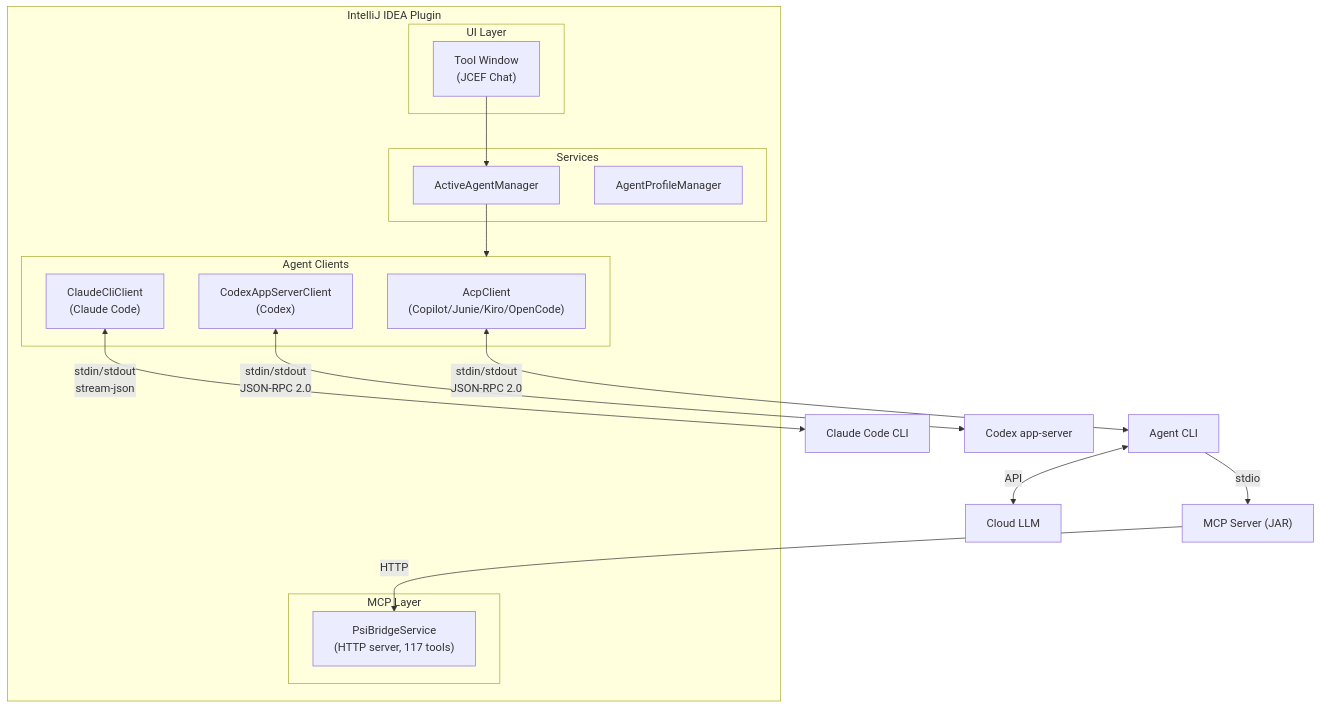
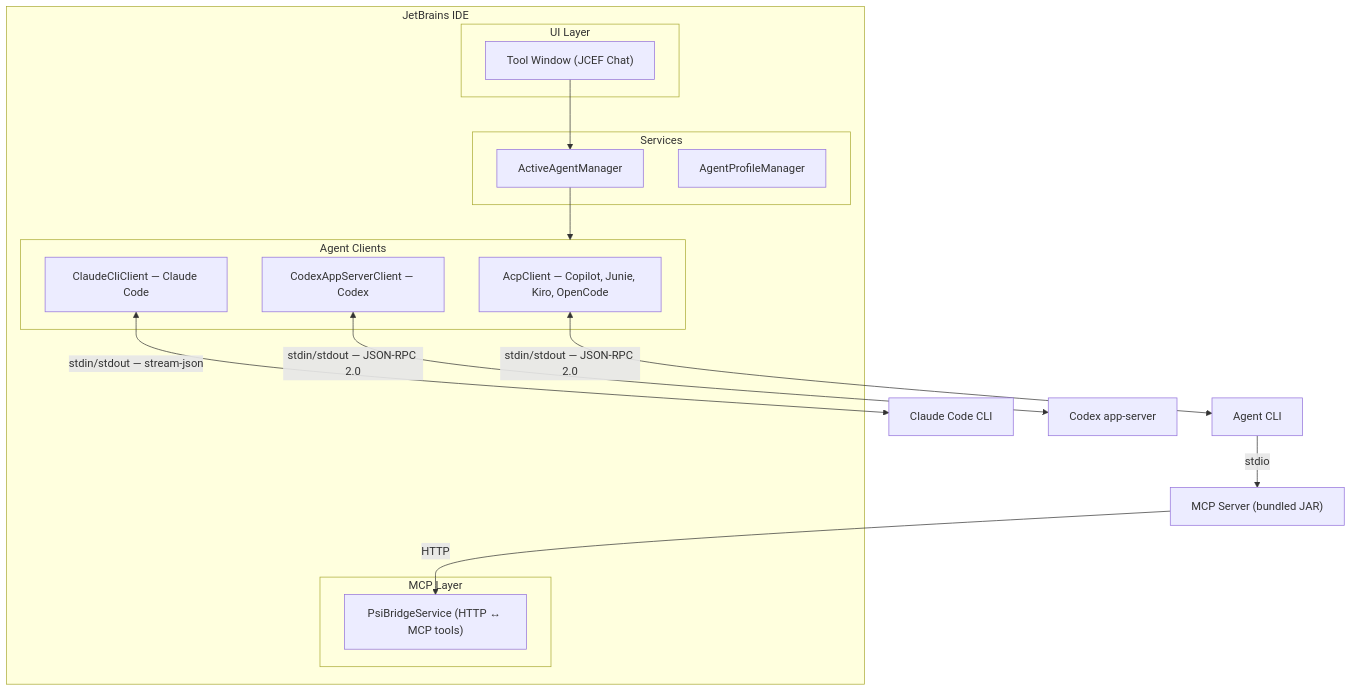
Before and after one commit to catatafishen/ide-agent-for-copilot: the diagram in README.md, drawn with Mermaid. The commit also changed other lines of this file, not shown here.

````diff
--- a/README.md
+++ b/README.md
@@ -40,29 +90,28 @@
 ```mermaid
 graph TD
-    subgraph IDE["IntelliJ IDEA Plugin"]
+    subgraph IDE["JetBrains IDE"]
         subgraph ui["UI Layer"]
-            TW["Tool Window<br/>(JCEF Chat)"]
+            TW["Tool Window (JCEF Chat)"]
         end
         subgraph services["Services"]
             AAM["ActiveAgentManager"]
             APM["AgentProfileManager"]
         end
         subgraph clients["Agent Clients"]
-            AC["AcpClient<br/>(Copilot/Junie/Kiro/OpenCode)"]
-            CC["ClaudeCliClient<br/>(Claude Code)"]
-            XC["CodexAppServerClient<br/>(Codex)"]
+            AC["AcpClient — Copilot, Junie, Kiro, OpenCode"]
+            CC["ClaudeCliClient — Claude Code"]
+            XC["CodexAppServerClient — Codex"]
         end
         subgraph mcp["MCP Layer"]
-            PSI["PsiBridgeService<br/>(HTTP server, 117 tools)"]
+            PSI["PsiBridgeService (HTTP ↔ MCP tools)"]
         end
         TW --> AAM
         AAM --> clients
     end
 
-    AC <-->|" stdin/stdout<br/>JSON-RPC 2.0 "| CLI["Agent CLI"]
-    CC <-->|" stdin/stdout<br/>stream-json "| CCLI["Claude Code CLI"]
-    XC <-->|" stdin/stdout<br/>JSON-RPC 2.0 "| CDEX["Codex app-server"]
-    CLI <-->|" API "| LLM["Cloud LLM"]
-    CLI -->|" stdio "| MCP["MCP Server (JAR)"]
-    MCP -->|" HTTP "| PSI
+    AC <-->|"stdin/stdout — JSON-RPC 2.0"| CLI["Agent CLI"]
+    CC <-->|"stdin/stdout — stream-json"| CCLI["Claude Code CLI"]
+    XC <-->|"stdin/stdout — JSON-RPC 2.0"| CDEX["Codex app-server"]
+    CLI -->|"stdio"| MCP["MCP Server (bundled JAR)"]
+    MCP -->|"HTTP"| PSI
 ```
````
